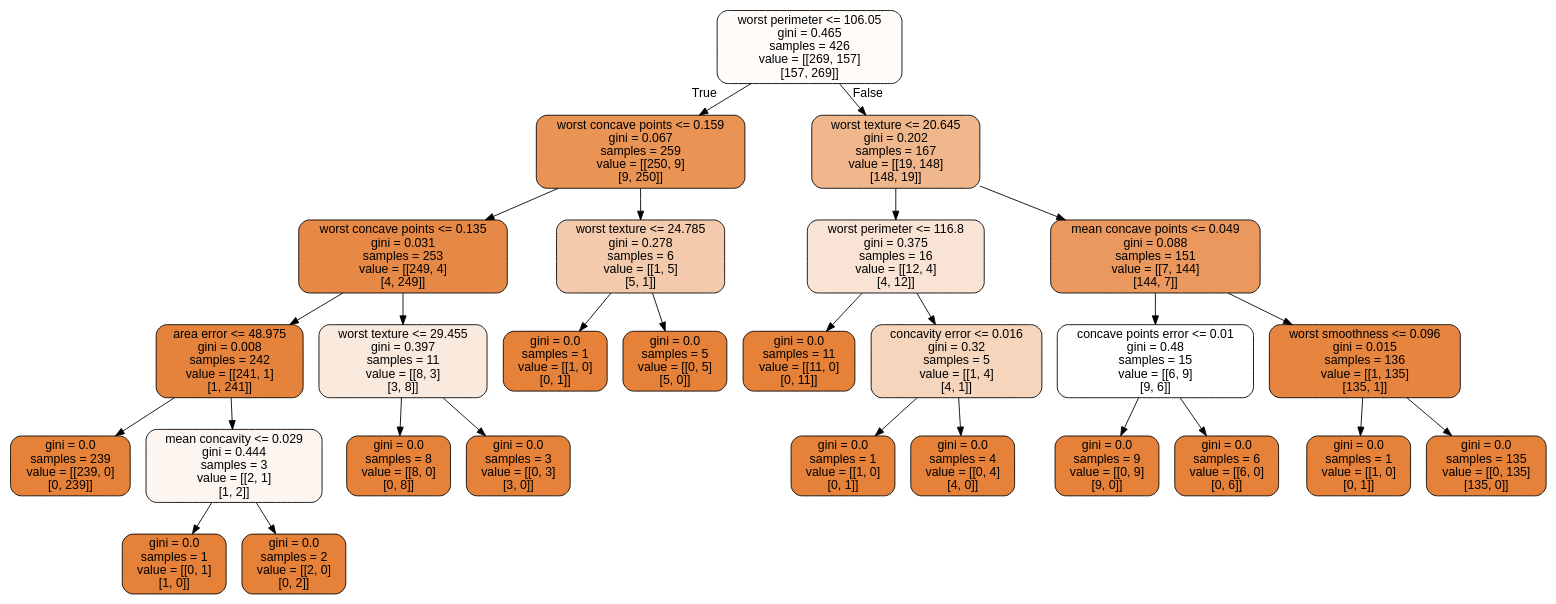
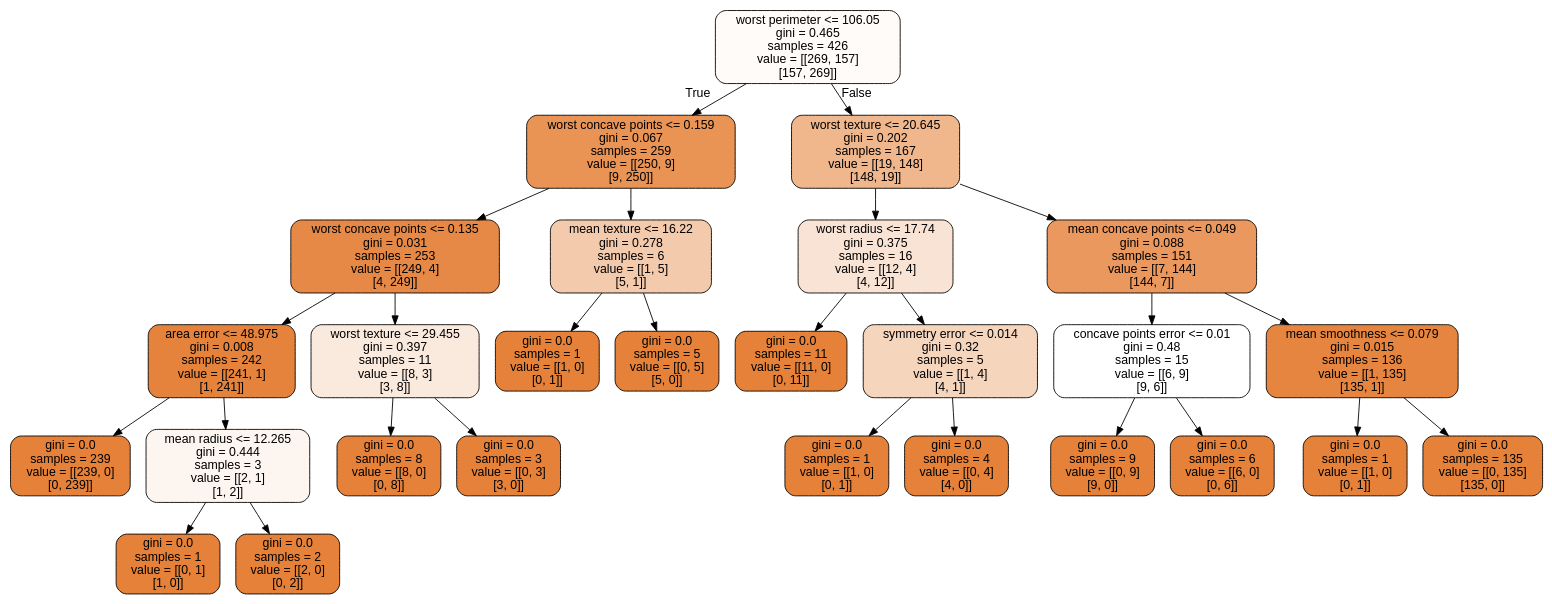
One commit to CompPhysics/MachineLearning changed the diagram in doc/LectureNotes/DataFiles/cancer.dot. Above: the diagram before and after it, drawn with Graphviz. The commit also changed 182 other files, not shown here.

```diff
--- a/doc/LectureNotes/DataFiles/cancer.dot
+++ b/doc/LectureNotes/DataFiles/cancer.dot
@@ -1,57 +1,57 @@
 digraph Tree {
 node [shape=box, style="filled, rounded", color="black", fontname="helvetica"] ;
 edge [fontname="helvetica"] ;
 0 [label="worst perimeter <= 106.05\ngini = 0.465\nsamples = 426\nvalue = [[269, 157]\n[157, 269]]", fillcolor="#fefbf9"] ;
 1 [label="worst concave points <= 0.159\ngini = 0.067\nsamples = 259\nvalue = [[250, 9]\n[9, 250]]", fillcolor="#e99355"] ;
 0 -> 1 [labeldistance=2.5, labelangle=45, headlabel="True"] ;
 2 [label="worst concave points <= 0.135\ngini = 0.031\nsamples = 253\nvalue = [[249, 4]\n[4, 249]]", fillcolor="#e78946"] ;
 1 -> 2 ;
 3 [label="area error <= 48.975\ngini = 0.008\nsamples = 242\nvalue = [[241, 1]\n[1, 241]]", fillcolor="#e5833c"] ;
 2 -> 3 ;
 4 [label="gini = 0.0\nsamples = 239\nvalue = [[239, 0]\n[0, 239]]", fillcolor="#e58139"] ;
 3 -> 4 ;
-5 [label="mean concavity <= 0.029\ngini = 0.444\nsamples = 3\nvalue = [[2, 1]\n[1, 2]]", fillcolor="#fdf6f0"] ;
+5 [label="mean radius <= 12.265\ngini = 0.444\nsamples = 3\nvalue = [[2, 1]\n[1, 2]]", fillcolor="#fdf6f0"] ;
 3 -> 5 ;
 6 [label="gini = 0.0\nsamples = 1\nvalue = [[0, 1]\n[1, 0]]", fillcolor="#e58139"] ;
 5 -> 6 ;
 7 [label="gini = 0.0\nsamples = 2\nvalue = [[2, 0]\n[0, 2]]", fillcolor="#e58139"] ;
 5 -> 7 ;
 8 [label="worst texture <= 29.455\ngini = 0.397\nsamples = 11\nvalue = [[8, 3]\n[3, 8]]", fillcolor="#fae9dd"] ;
 2 -> 8 ;
 9 [label="gini = 0.0\nsamples = 8\nvalue = [[8, 0]\n[0, 8]]", fillcolor="#e58139"] ;
 8 -> 9 ;
 10 [label="gini = 0.0\nsamples = 3\nvalue = [[0, 3]\n[3, 0]]", fillcolor="#e58139"] ;
 8 -> 10 ;
-11 [label="worst texture <= 24.785\ngini = 0.278\nsamples = 6\nvalue = [[1, 5]\n[5, 1]]", fillcolor="#f4caac"] ;
+11 [label="mean texture <= 16.22\ngini = 0.278\nsamples = 6\nvalue = [[1, 5]\n[5, 1]]", fillcolor="#f4caac"] ;
 1 -> 11 ;
 12 [label="gini = 0.0\nsamples = 1\nvalue = [[1, 0]\n[0, 1]]", fillcolor="#e58139"] ;
 11 -> 12 ;
 13 [label="gini = 0.0\nsamples = 5\nvalue = [[0, 5]\n[5, 0]]", fillcolor="#e58139"] ;
 11 -> 13 ;
 14 [label="worst texture <= 20.645\ngini = 0.202\nsamples = 167\nvalue = [[19, 148]\n[148, 19]]", fillcolor="#f0b68c"] ;
 0 -> 14 [labeldistance=2.5, labelangle=-45, headlabel="False"] ;
-15 [label="worst perimeter <= 116.8\ngini = 0.375\nsamples = 16\nvalue = [[12, 4]\n[4, 12]]", fillcolor="#f9e3d4"] ;
+15 [label="worst radius <= 17.74\ngini = 0.375\nsamples = 16\nvalue = [[12, 4]\n[4, 12]]", fillcolor="#f9e3d4"] ;
 14 -> 15 ;
 16 [label="gini = 0.0\nsamples = 11\nvalue = [[11, 0]\n[0, 11]]", fillcolor="#e58139"] ;
 15 -> 16 ;
-17 [label="concavity error <= 0.016\ngini = 0.32\nsamples = 5\nvalue = [[1, 4]\n[4, 1]]", fillcolor="#f6d5bd"] ;
+17 [label="symmetry error <= 0.014\ngini = 0.32\nsamples = 5\nvalue = [[1, 4]\n[4, 1]]", fillcolor="#f6d5bd"] ;
 15 -> 17 ;
 18 [label="gini = 0.0\nsamples = 1\nvalue = [[1, 0]\n[0, 1]]", fillcolor="#e58139"] ;
 17 -> 18 ;
 19 [label="gini = 0.0\nsamples = 4\nvalue = [[0, 4]\n[4, 0]]", fillcolor="#e58139"] ;
 17 -> 19 ;
 20 [label="mean concave points <= 0.049\ngini = 0.088\nsamples = 151\nvalue = [[7, 144]\n[144, 7]]", fillcolor="#ea985d"] ;
 14 -> 20 ;
 21 [label="concave points error <= 0.01\ngini = 0.48\nsamples = 15\nvalue = [[6, 9]\n[9, 6]]", fillcolor="#ffffff"] ;
 20 -> 21 ;
 22 [label="gini = 0.0\nsamples = 9\nvalue = [[0, 9]\n[9, 0]]", fillcolor="#e58139"] ;
 21 -> 22 ;
 23 [label="gini = 0.0\nsamples = 6\nvalue = [[6, 0]\n[0, 6]]", fillcolor="#e58139"] ;
 21 -> 23 ;
-24 [label="worst smoothness <= 0.096\ngini = 0.015\nsamples = 136\nvalue = [[1, 135]\n[135, 1]]", fillcolor="#e6853f"] ;
+24 [label="mean smoothness <= 0.079\ngini = 0.015\nsamples = 136\nvalue = [[1, 135]\n[135, 1]]", fillcolor="#e6853f"] ;
 20 -> 24 ;
 25 [label="gini = 0.0\nsamples = 1\nvalue = [[1, 0]\n[0, 1]]", fillcolor="#e58139"] ;
 24 -> 25 ;
 26 [label="gini = 0.0\nsamples = 135\nvalue = [[0, 135]\n[135, 0]]", fillcolor="#e58139"] ;
 24 -> 26 ;
 }
```
